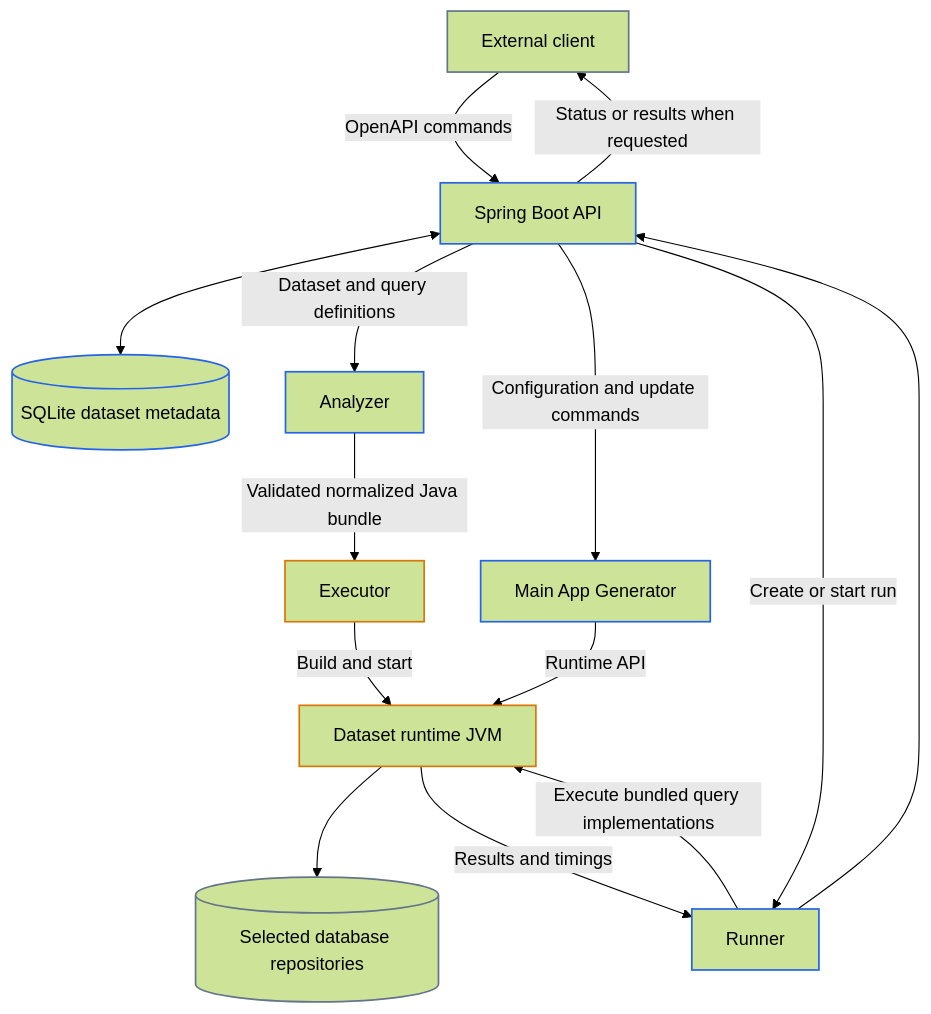
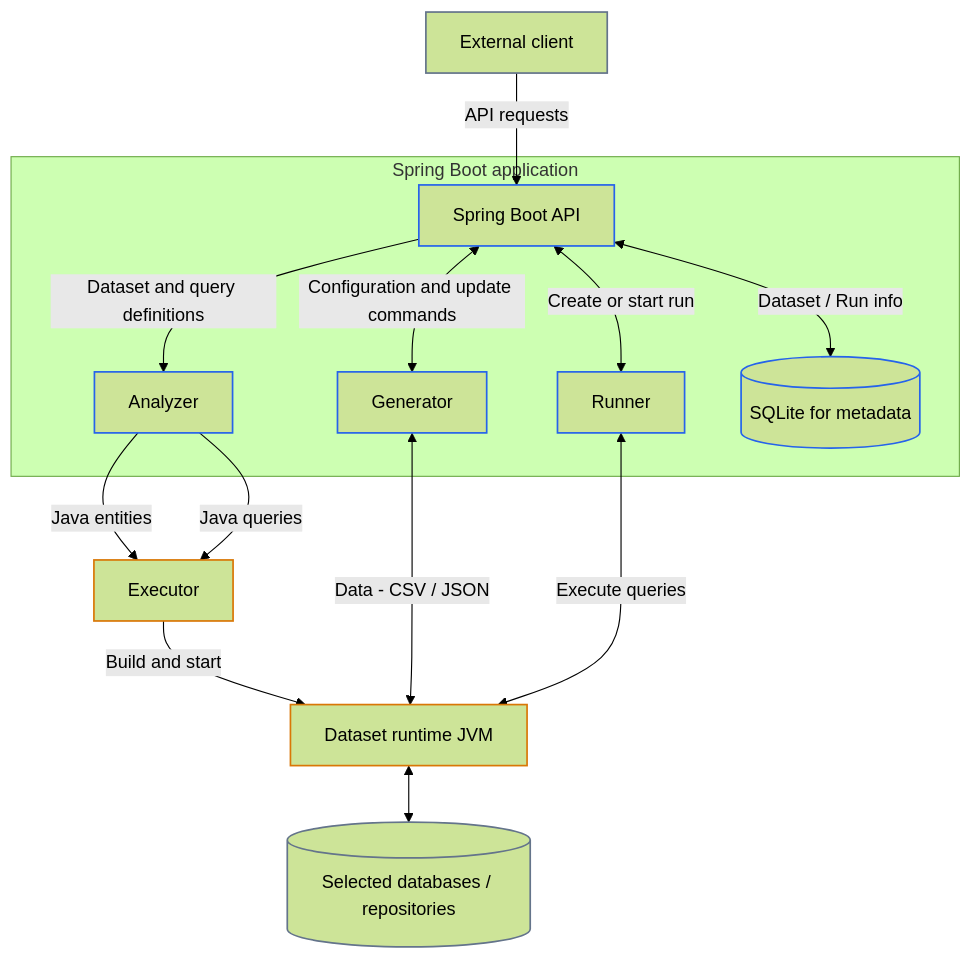
One commit to SimekJan/oxm-benchmark changed the diagram in docs/MAIN_APP.md. Above: the diagram before and after it, drawn with Mermaid (forest theme). The commit also changed other lines of this file and 2 other files, not shown here.

Commit message:
Update schemas in docs

````diff
--- a/docs/MAIN_APP.md
+++ b/docs/MAIN_APP.md
@@ -18,23 +25,29 @@
 ```mermaid
 flowchart TD
-    Client[External client] -->|OpenAPI commands| API[Spring Boot API]
-    API <--> Metadata[(SQLite dataset metadata)]
+
+    subgraph SPRING_BOOT_APP["Spring Boot application"]
+        API
+        Analyzer
+        Generator
+        Runner
+        Metadata
+    end
+    
+    Client[External client] -->|API requests| API[Spring Boot API]
+    API <-->|Dataset / Run info| Metadata[(SQLite for metadata)]
     API -->|Dataset and query definitions| Analyzer[Analyzer]
-    Analyzer -->|Validated normalized Java bundle| Executor[Executor]
+    Analyzer -->|Java entities| Executor[Executor]
+    Analyzer -->|Java queries| Executor[Executor]
     Executor -->|Build and start| Runtime[Dataset runtime JVM]
-    API -->|Configuration and update commands| Generator[Main App Generator]
-    Generator -->|Runtime API| Runtime
-    Runtime --> Databases[(Selected database repositories)]
-    API -->|Create or start run| Runner[Runner]
-    Runner -->|Execute bundled query implementations| Runtime
-    Runtime -->|Results and timings| Runner
-    Runner --> API
-    API -->|Status or results when requested| Client
-
-    classDef external stroke:#64748B,stroke-width:1.5px
-    classDef mainApp stroke:#2563EB,stroke-width:1.5px
-    classDef execution stroke:#D97706,stroke-width:1.5px
+    API <-->|Configuration and update commands| Generator[Generator]
+    Generator <-->|Data - CSV / JSON| Runtime
+    Runtime <--> Databases[(Selected databases / repositories)]
+    API <-->|Create or start run| Runner[Runner]
+    Runner <-->|Execute queries| Runtime
+    classDef external stroke: #64748B, stroke-width: 1.5px
+    classDef mainApp stroke: #2563EB, stroke-width: 1.5px
+    classDef execution stroke: #D97706, stroke-width: 1.5px
     class Client,Databases external
     class API,Analyzer,Generator,Runner,Metadata mainApp
     class Executor,Runtime execution
 ```
````
